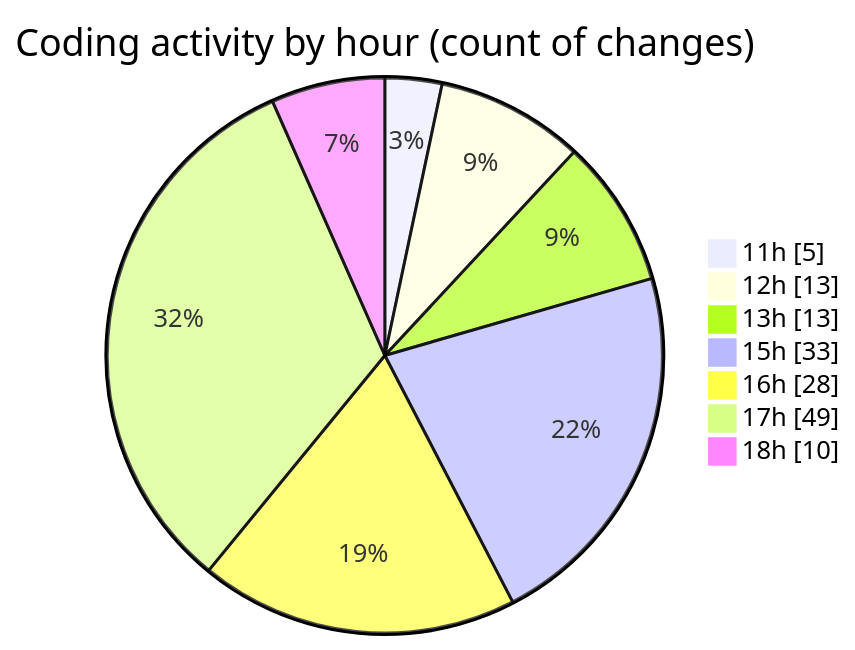
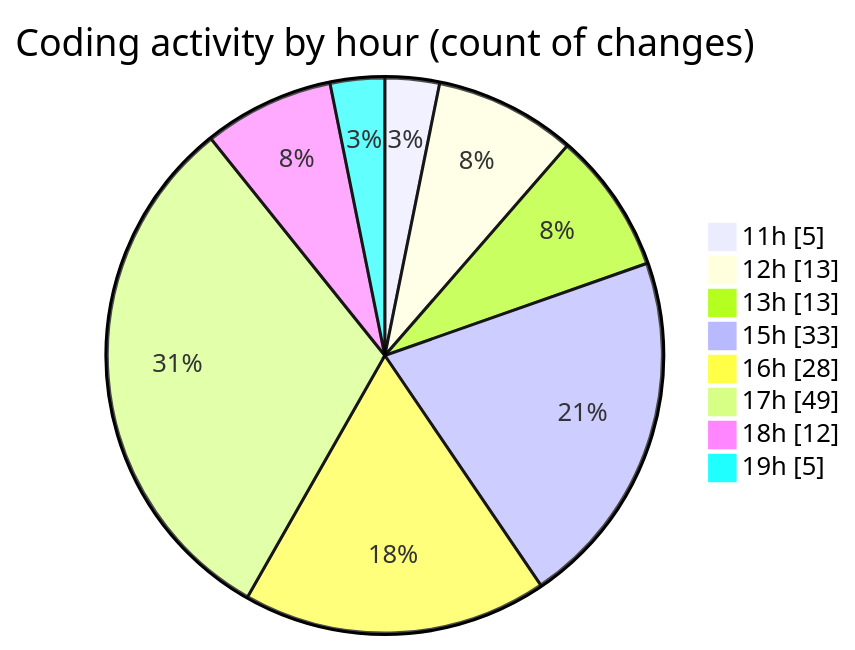
One commit to nxtqubesakshisongat/code-tracking changed the second of 2 diagrams in 2025-08-06/nxtqube_webapp/README.md. Above: the diagram before and after it, drawn with Mermaid. The commit also changed other lines of this file and 1 other file, not shown here.

````diff
--- a/2025-08-06/nxtqube_webapp/README.md
+++ b/2025-08-06/nxtqube_webapp/README.md
@@ -43,11 +43,12 @@
 ```mermaid
 pie showData
 title Coding activity by hour (count of changes)
 "11h" : 5
 "12h" : 13
 "13h" : 13
 "15h" : 33
 "16h" : 28
 "17h" : 49
-"18h" : 10
+"18h" : 12
+"19h" : 5
 ```
````
